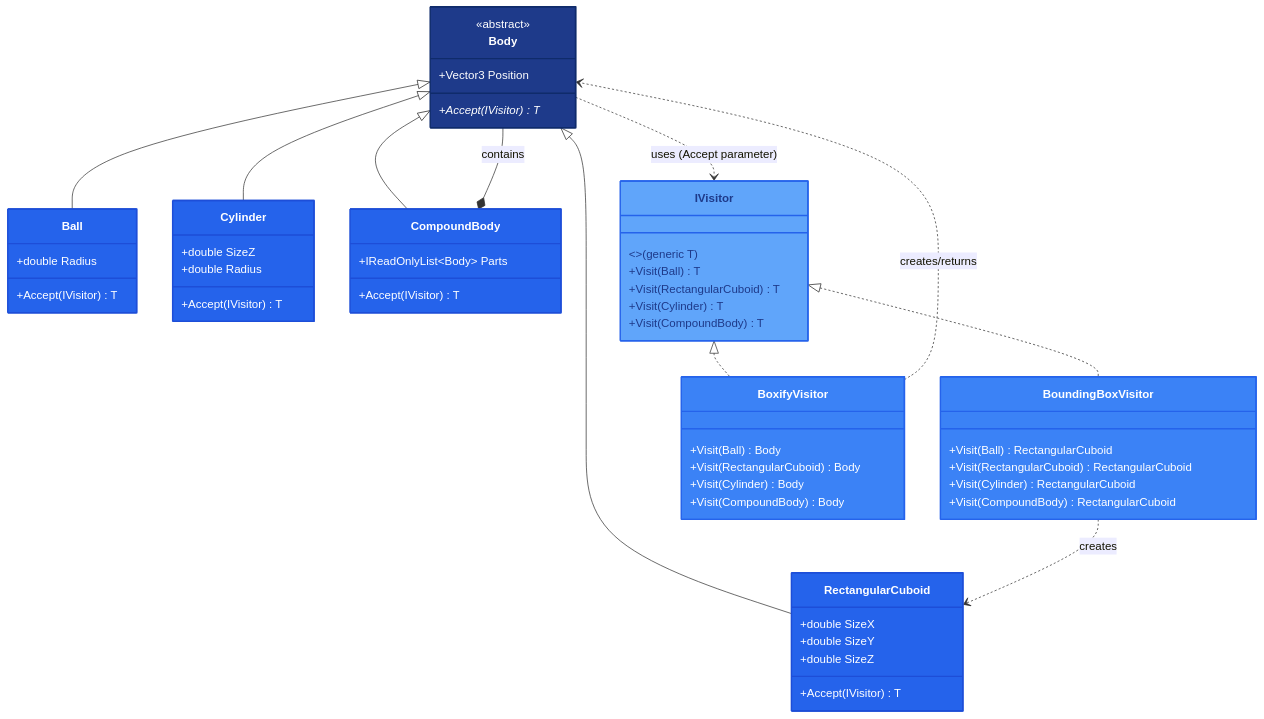
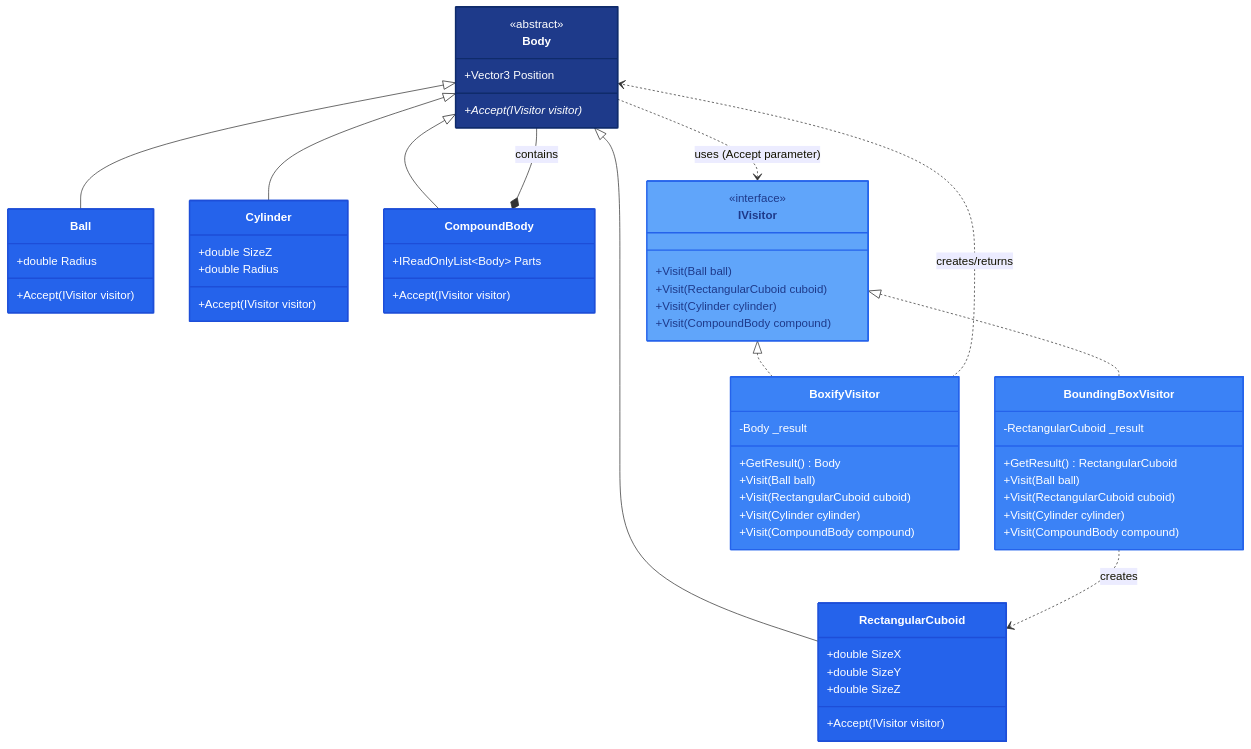
One commit to dmnzeal/ulearn-C- changed the diagram in geometry-2.md. Above: the diagram before and after it, drawn with Mermaid. The commit also changed other lines of this file, not shown here.

````diff
--- a/geometry-2.md
+++ b/geometry-2.md
@@ -7,76 +7,80 @@
 ```mermaid
 classDiagram
     class Body {
         <<abstract>>
         +Vector3 Position
-        +Accept(IVisitor) T*
+        +Accept(IVisitor visitor)*
     }
 
     class Ball {
         +double Radius
-        +Accept(IVisitor) T
+        +Accept(IVisitor visitor)
     }
 
     class RectangularCuboid {
         +double SizeX
         +double SizeY
         +double SizeZ
-        +Accept(IVisitor) T
+        +Accept(IVisitor visitor)
     }
 
     class Cylinder {
         +double SizeZ
         +double Radius
-        +Accept(IVisitor) T
+        +Accept(IVisitor visitor)
     }
 
     class CompoundBody {
         +IReadOnlyList~Body~ Parts
-        +Accept(IVisitor) T
+        +Accept(IVisitor visitor)
     }
 
     class IVisitor {
-        <<interface>> (generic T)
-        +Visit(Ball) T
-        +Visit(RectangularCuboid) T
-        +Visit(Cylinder) T
-        +Visit(CompoundBody) T
+        <<interface>>
+        +Visit(Ball ball)
+        +Visit(RectangularCuboid cuboid)
+        +Visit(Cylinder cylinder)
+        +Visit(CompoundBody compound)
     }
 
     class BoundingBoxVisitor {
-        +Visit(Ball) RectangularCuboid
-        +Visit(RectangularCuboid) RectangularCuboid
-        +Visit(Cylinder) RectangularCuboid
-        +Visit(CompoundBody) RectangularCuboid
+        -RectangularCuboid _result
+        +GetResult() RectangularCuboid
+        +Visit(Ball ball)
+        +Visit(RectangularCuboid cuboid)
+        +Visit(Cylinder cylinder)
+        +Visit(CompoundBody compound)
     }
 
     class BoxifyVisitor {
-        +Visit(Ball) Body
-        +Visit(RectangularCuboid) Body
-        +Visit(Cylinder) Body
-        +Visit(CompoundBody) Body
+        -Body _result
+        +GetResult() Body
+        +Visit(Ball ball)
+        +Visit(RectangularCuboid cuboid)
+        +Visit(Cylinder cylinder)
+        +Visit(CompoundBody compound)
     }
 
     Body <|-- Ball
     Body <|-- RectangularCuboid
     Body <|-- Cylinder
     Body <|-- CompoundBody
 
     IVisitor <|.. BoundingBoxVisitor
     IVisitor <|.. BoxifyVisitor
 
     CompoundBody *-- Body : contains
 
     Body ..> IVisitor : uses (Accept parameter)
     BoundingBoxVisitor ..> RectangularCuboid : creates
     BoxifyVisitor ..> Body : creates/returns
 
     style Body fill:#1E3A8A,stroke:#0F2B6B,color:#FFFFFF,stroke-width:2px
     style Ball fill:#2563EB,stroke:#1D4ED8,color:#FFFFFF,stroke-width:2px
     style RectangularCuboid fill:#2563EB,stroke:#1D4ED8,color:#FFFFFF,stroke-width:2px
     style Cylinder fill:#2563EB,stroke:#1D4ED8,color:#FFFFFF,stroke-width:2px
     style CompoundBody fill:#2563EB,stroke:#1D4ED8,color:#FFFFFF,stroke-width:2px
     style IVisitor fill:#60A5FA,stroke:#2563EB,color:#1E3A8A,stroke-width:2px
     style BoundingBoxVisitor fill:#3B82F6,stroke:#2563EB,color:#FFFFFF,stroke-width:2px
     style BoxifyVisitor fill:#3B82F6,stroke:#2563EB,color:#FFFFFF,stroke-width:2px
 ```
````
